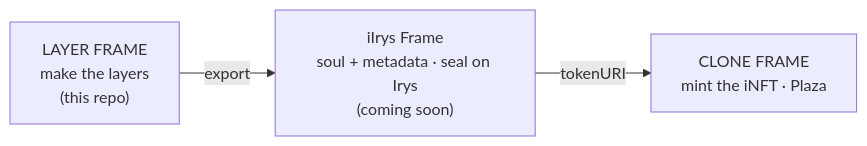
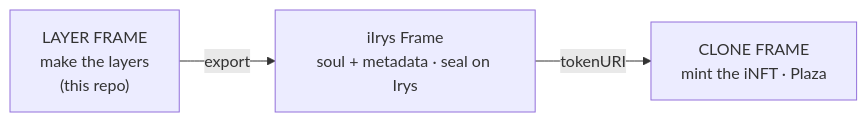
One commit to devclone20/ilayerframe changed the diagram in README.md. Above: the diagram before and after it, drawn with Mermaid. The commit also changed other lines of this file and 4 other files, not shown here.

First line of the commit message:
security: add SRI + CSP to CDN assets; docs: link live iIrys Frame; ci: add training

````diff
--- a/README.md
+++ b/README.md
@@ -33,5 +33,5 @@
 ```mermaid
 flowchart LR
-  A["LAYER FRAME<br/>make the layers<br/>(this repo)"] -->|export| B["iIrys Frame<br/>soul + metadata · seal on Irys<br/>(coming soon)"]
+  A["LAYER FRAME<br/>make the layers<br/>(this repo)"] -->|export| B["iIrys Frame<br/>soul + metadata · seal on Irys"]
   B -->|tokenURI| C["CLONE FRAME<br/>mint the iNFT · Plaza"]
 ```
````
